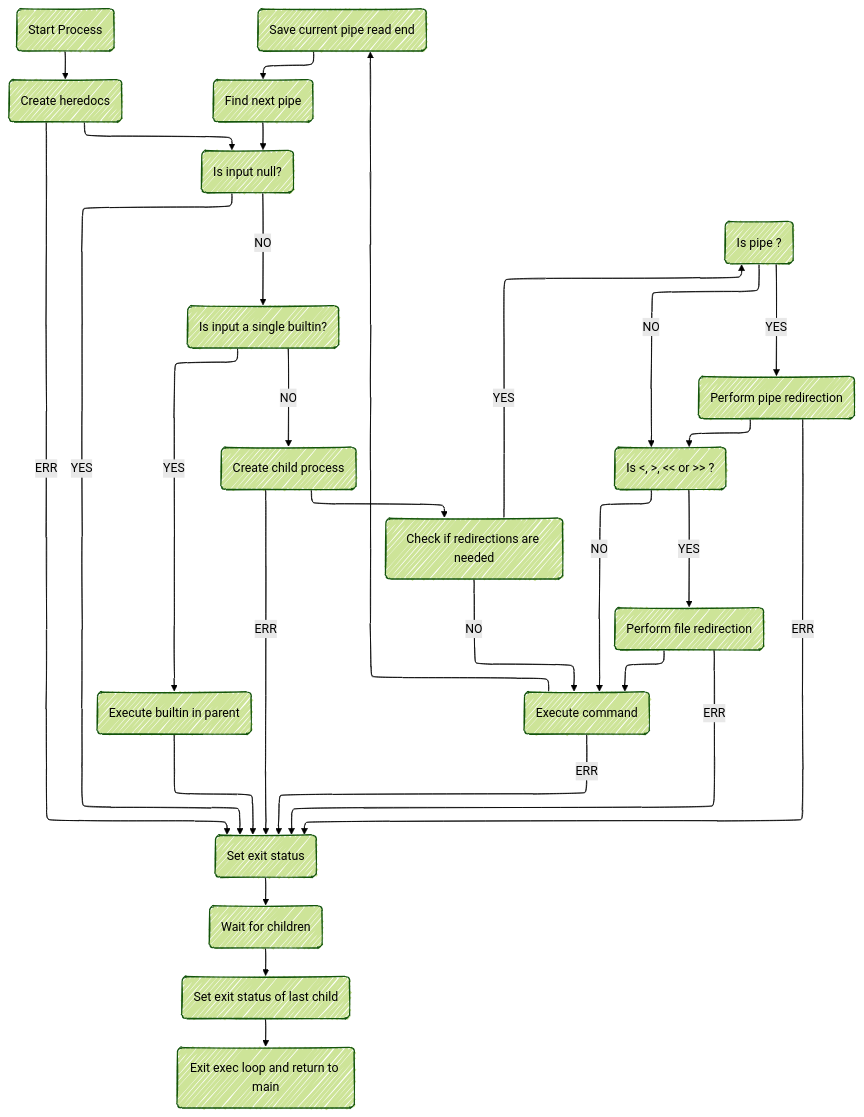
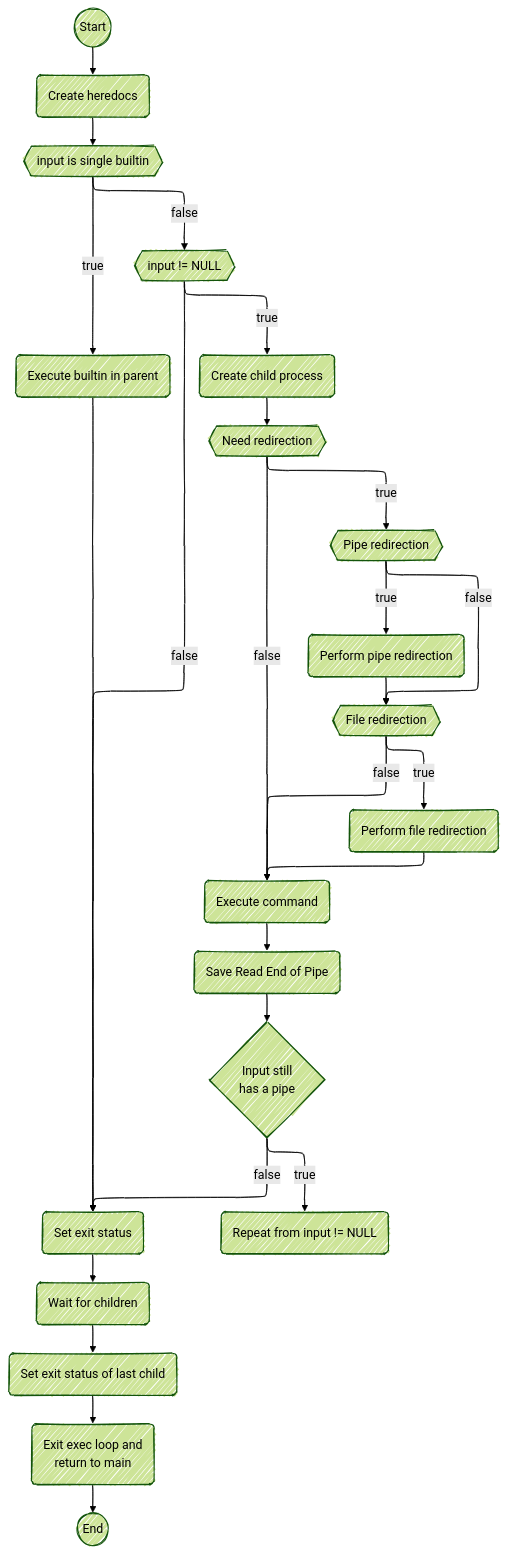
Before and after one commit to cdomet-d/minishell: the first of 2 diagrams in README.md, drawn with Mermaid. The commit also changed other lines of this file and 6 other files, not shown here.

````diff
--- a/README.md
+++ b/README.md
@@ -322,61 +322,55 @@
 ```mermaid
 ---
 config:
   layout: elk
   elk:
-    <!-- mergeEdges: true -->
+    layout: elk.stress
     nodePlacementStrategy: BRANDES_KOEPF
+    mergeEdges: true
   look: handDrawn
   theme: forest
 ---
 graph TD;
-    START(Start Process)
+    START((Start))
 	HDOC(Create heredocs);
-    CHECK_INPUT(Is input null?);
-	IS_SINGLE_BT(Is input a single builtin?);
+    CHECK_INPUT{{input != NULL}};
+	IS_SINGLE_BT{{input is single builtin}};
     IS_SINGLE_BT_0(Execute builtin in parent);
    	CREATE_CHILD(Create child process);
-    NEED_REDIR(Check if redirections are needed)
-	SAVE_PIPE("Save current pipe read end");
-
-    NEED_REDIR_pipe_0(Is pipe ?) 
+    NEED_REDIR{{Need redirection}}
+	SAVE_PIPE(Save Read End of Pipe);
+    NEED_REDIR_pipe_0{{Pipe redirection}} 
 	NEED_REDIR_pipe_1(Perform pipe redirection);
-    NEED_REDIR_file_0(Is <, >, << or >> ? )
+    NEED_REDIR_file_0{{File redirection}}
 	NEED_REDIR_file_1(Perform file redirection);
     EXE(Execute command);
     SET_EXIT(Set exit status);
 
     %% Loop continuation
-    CONTINUE(Find next pipe);
+    NEXT{Input still <br> has a pipe};
     
     %% End of process
-    EXIT(Exit exec loop and return to main);
+    EXIT(Exit exec loop and <br> return to main);
     WAIT(Wait for children)
 	SET_LAST_EXIT("Set exit status of last child");
+	END((End))
 
 	START --> HDOC
-	HDOC -- ERR --> SET_EXIT
-	HDOC --> CHECK_INPUT
-	CHECK_INPUT -- YES --> SET_EXIT
-	CHECK_INPUT -- NO --> IS_SINGLE_BT
-	IS_SINGLE_BT -- YES --> IS_SINGLE_BT_0 --> SET_EXIT
-	IS_SINGLE_BT -- NO --> CREATE_CHILD
-	CREATE_CHILD -- ERR --> SET_EXIT
+	HDOC --> IS_SINGLE_BT -- true --> IS_SINGLE_BT_0 --> SET_EXIT
+	IS_SINGLE_BT -- false --> CHECK_INPUT
+	CHECK_INPUT -- false --> SET_EXIT
+	CHECK_INPUT -- true --> CREATE_CHILD
 	CREATE_CHILD --> NEED_REDIR
-	NEED_REDIR -- YES --> NEED_REDIR_pipe_0
-	NEED_REDIR -- NO --> EXE
-	NEED_REDIR_pipe_0 -- YES --> 
+	NEED_REDIR -- true --> NEED_REDIR_pipe_0
+	NEED_REDIR -- false --> EXE
+	NEED_REDIR_pipe_0 -- true --> 
 	NEED_REDIR_pipe_1 --> NEED_REDIR_file_0
-	NEED_REDIR_pipe_1 -- ERR --> SET_EXIT
-	NEED_REDIR_pipe_0 -- NO --> NEED_REDIR_file_0
-	NEED_REDIR_file_0 -- YES --> 
+	NEED_REDIR_pipe_0 -- false --> NEED_REDIR_file_0
+	NEED_REDIR_file_0 -- true --> 
 	NEED_REDIR_file_1 --> EXE
-	NEED_REDIR_file_1 -- ERR --> SET_EXIT
-	NEED_REDIR_file_0 -- NO --> EXE
-	EXE -- ERR --> SET_EXIT
-	EXE --> SAVE_PIPE --> CONTINUE --> CHECK_INPUT
-
-	SET_EXIT --> WAIT --> SET_LAST_EXIT --> EXIT
-
-
+	NEED_REDIR_file_0 -- false --> EXE
+	EXE --> SAVE_PIPE --> NEXT
+	NEXT -- true --> CONTINUE(Repeat from input != NULL)
+	NEXT -- false --> SET_EXIT --> WAIT --> SET_LAST_EXIT --> EXIT
+	--> END
 ```
````
